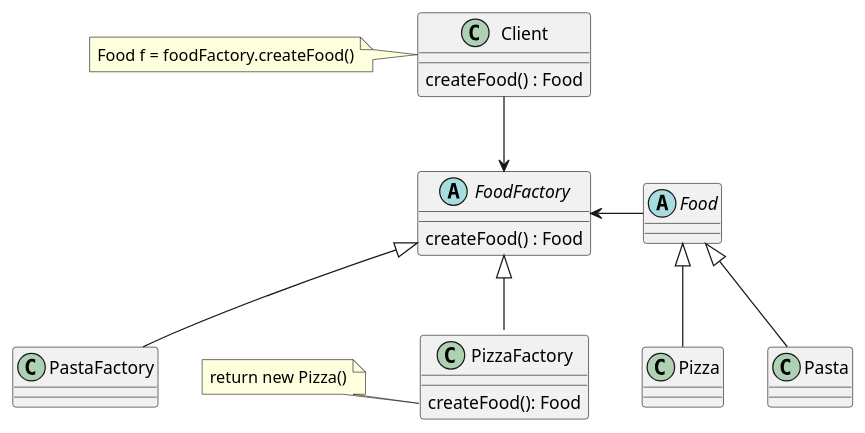
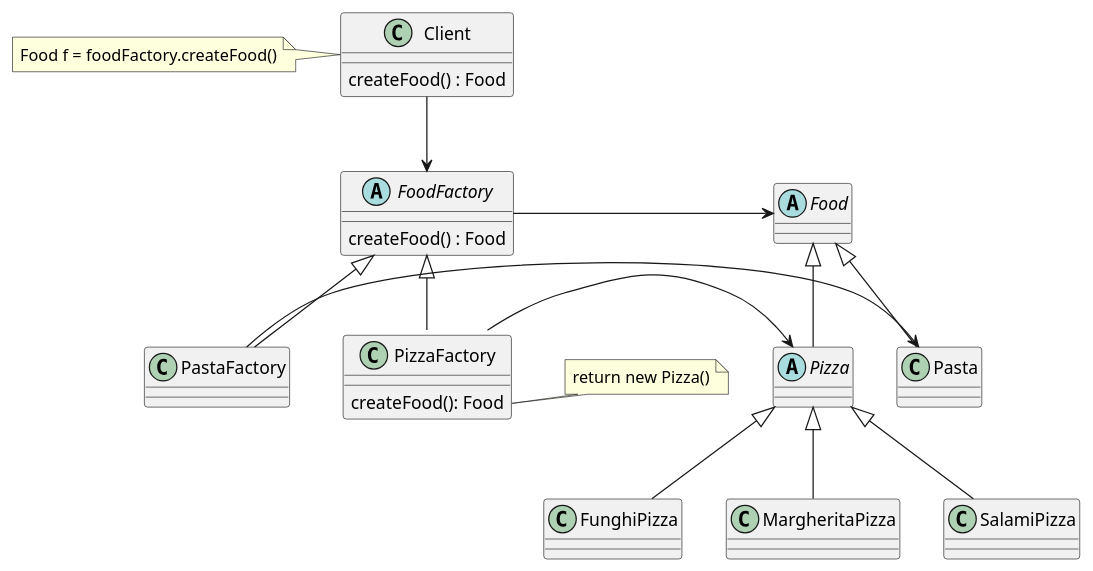
The diagram in u-factory-pattern/src/main/factory_pattern.puml (jprie/mum_springboot), drawn with PlantUML before and after one commit. The commit also changed 5 other files, not shown here.

```diff
--- a/u-factory-pattern/src/main/factory_pattern.puml
+++ b/u-factory-pattern/src/main/factory_pattern.puml
@@ -1,45 +1,51 @@
 @startuml
 'https://plantuml.com/class-diagram
 
 
 class Client {
     createFood() : Food
 }
 
 note left of Client : Food f = foodFactory.createFood()
 
 abstract class FoodFactory {
     createFood() : Food
 }
 
 Client --> FoodFactory
 
 FoodFactory <|-- PizzaFactory
 
 
 'PizzaFactory <-- MargheritaPizza
 'PizzaFactory <-- FunghiPizza
 'PizzaFactory <-- ProsciuttoPizza
 
 abstract class Food
 
-FoodFactory <- Food
+FoodFactory -> Food
 
-class Pizza
+abstract class Pizza
+
+Pizza <|-- FunghiPizza
+Pizza <|-- MargheritaPizza
+Pizza <|-- SalamiPizza
 
 class Pasta
 
 Food <|-- Pizza
 Food <|-- Pasta
 
+PizzaFactory -> Pizza
+PastaFactory -> Pasta
 class PizzaFactory {
 createFood(): Food
 }
 note "return new Pizza()" as N1
 
 N1 .right. PizzaFactory::createFood
 
 class PastaFactory
 
 FoodFactory <|-- PastaFactory
 @enduml
```
